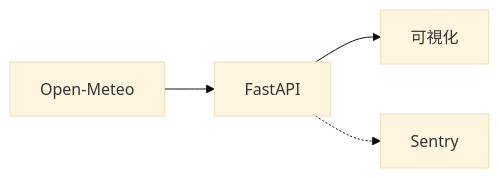
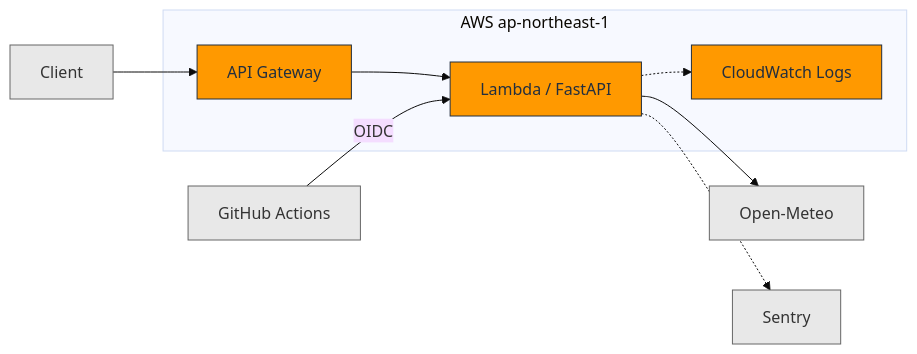
The second of 2 diagrams in README.md (hakusoft/loop-engineering-lab), drawn with Mermaid (base theme) before and after one commit. The commit also changed other lines of this file and 3 other files, not shown here.

````diff
--- a/README.md
+++ b/README.md
@@ -33,6 +38,16 @@
 ```mermaid
 flowchart LR
-    OM[Open-Meteo] --> API[FastAPI]
-    API --> VIEW[可視化]
-    API -.-> SENTRY[Sentry]
+    subgraph AWS["AWS ap-northeast-1"]
+        AGW[API Gateway] --> LAMBDA[Lambda / FastAPI]
+        LAMBDA -.-> LOGS[CloudWatch Logs]
+    end
+    CLIENT[Client] --> AGW
+    LAMBDA --> OM[Open-Meteo]
+    LAMBDA -.-> SENTRY[Sentry]
+    GHA[GitHub Actions] -->|OIDC| LAMBDA
+
+    classDef aws fill:#ff9900,stroke:#232f3e,color:#232f3e
+    classDef ext fill:#e8e8e8,stroke:#666,color:#333
+    class AGW,LAMBDA,LOGS aws
+    class OM,SENTRY,GHA,CLIENT ext
 ```
````
